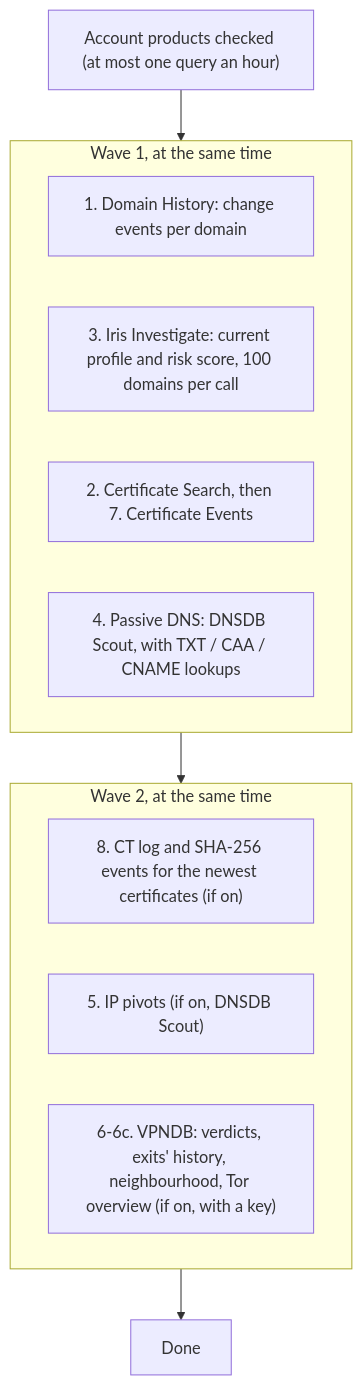
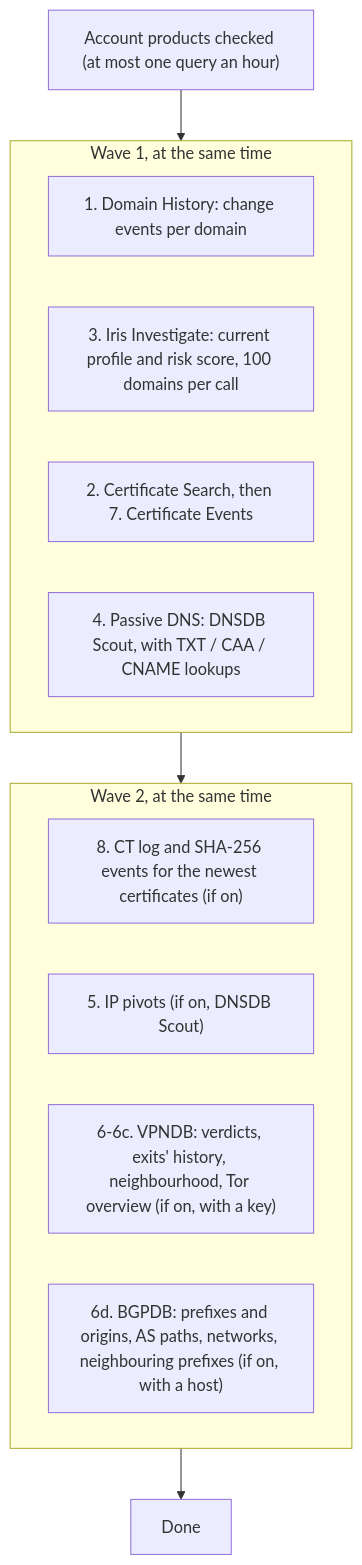
Before and after one commit to mmesojedec/DomainTools_Analysis_Detection: the fifth of 9 diagrams in docs/WORKFLOWS.md, drawn with Mermaid. The commit also changed other lines of this file and 43 other files, not shown here.

````diff
--- a/docs/WORKFLOWS.md
+++ b/docs/WORKFLOWS.md
@@ -142,17 +143,18 @@
 ```mermaid
 flowchart TD
     A["Account products checked (at most one query an hour)"] --> W1
     subgraph W1["Wave 1, at the same time"]
         S1["1. Domain History: change events per domain"]
         S4["3. Iris Investigate: current profile and risk score, 100 domains per call"]
         S2["2. Certificate Search, then 7. Certificate Events"]
         S5["4. Passive DNS: DNSDB Scout, with TXT / CAA / CNAME lookups"]
     end
     W1 --> W2
     subgraph W2["Wave 2, at the same time"]
         S9["8. CT log and SHA-256 events for the newest certificates (if on)"]
         S7["5. IP pivots (if on, DNSDB Scout)"]
         S7w["6-6c. VPNDB: verdicts, exits' history, neighbourhood, Tor overview (if on, with a key)"]
+        S7b["6d. BGPDB: prefixes and origins, AS paths, networks, neighbouring prefixes (if on, with a host)"]
     end
     W2 --> Z["Done"]
 ```
````
